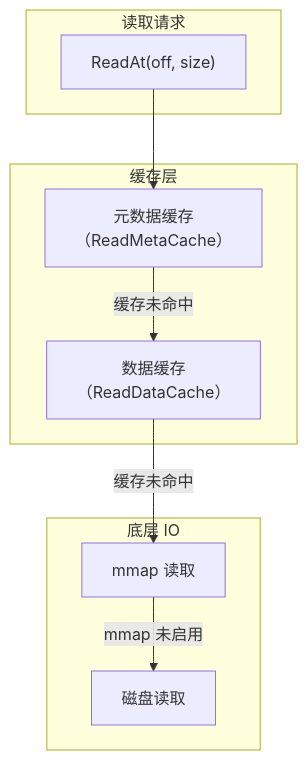
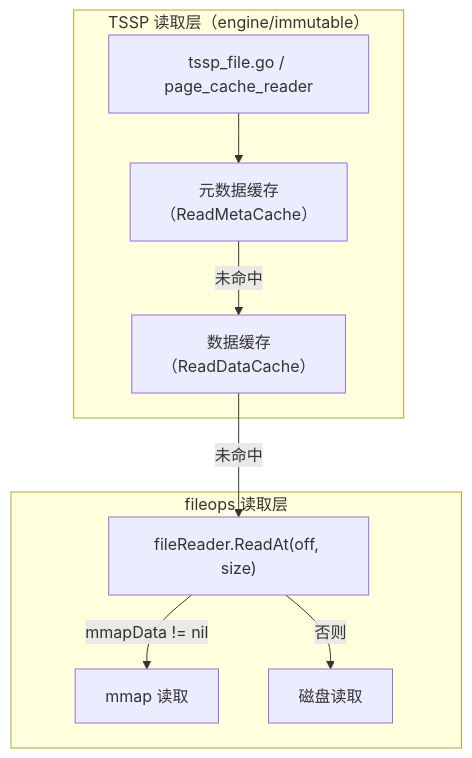
Before and after one commit to stefanv5/openGemini: the tenth of 12 diagrams in docs/specs/29_fileops_abstraction_spec.md, drawn with Mermaid. The commit also changed other lines of this file and 37 other files, not shown here.

````diff
--- a/docs/specs/29_fileops_abstraction_spec.md
+++ b/docs/specs/29_fileops_abstraction_spec.md
@@ -1158,21 +1233,20 @@
 ```mermaid
 graph TB
-    subgraph "读取请求"
-        REQ["ReadAt(off, size)"]
-    end
-
-    subgraph "缓存层"
+    subgraph "TSSP 读取层（engine/immutable）"
+        REQ["tssp_file.go / page_cache_reader"]
         META["元数据缓存<br/>（ReadMetaCache）"]
         DATA["数据缓存<br/>（ReadDataCache）"]
     end
 
-    subgraph "底层 IO"
+    subgraph "fileops 读取层"
+        READ["fileReader.ReadAt(off, size)"]
         MMAP["mmap 读取"]
         DISK["磁盘读取"]
     end
 
     REQ --> META
-    META -->|"缓存未命中"| DATA
-    DATA -->|"缓存未命中"| MMAP
-    MMAP -->|"mmap 未启用"| DISK
+    META -->|"未命中"| DATA
+    DATA -->|"未命中"| READ
+    READ -->|"mmapData != nil"| MMAP
+    READ -->|"否则"| DISK
 ```
````
